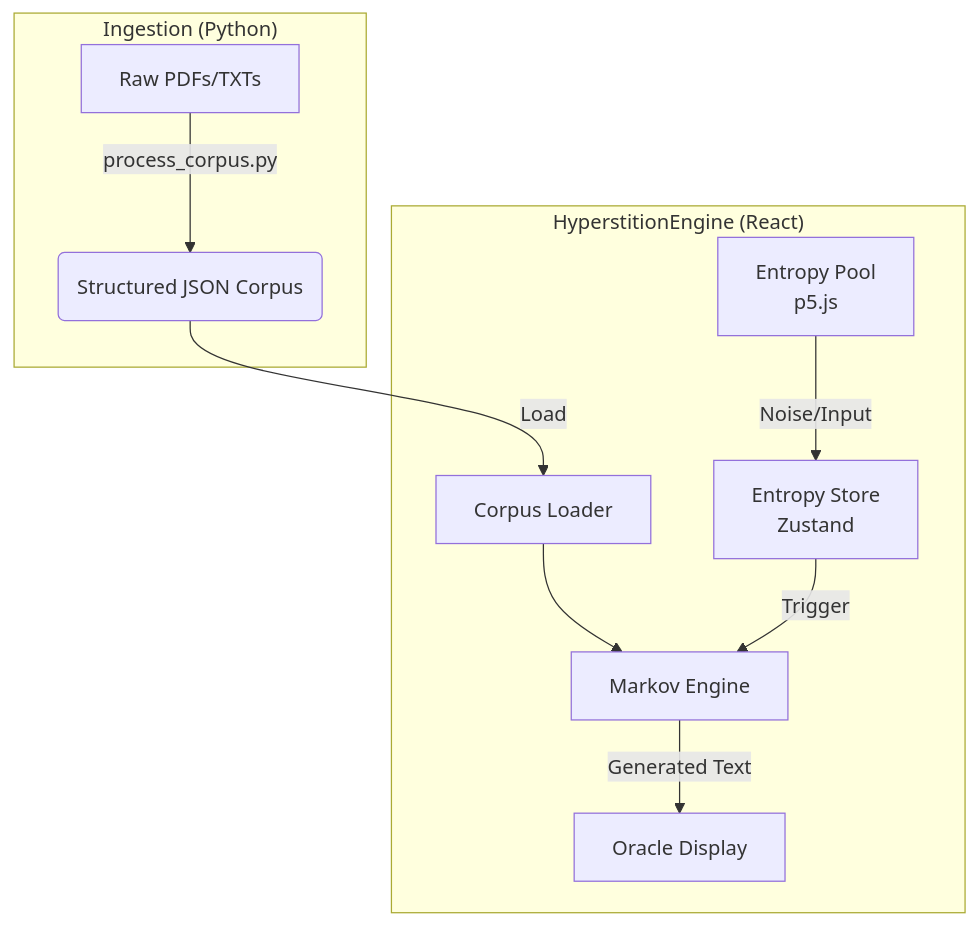
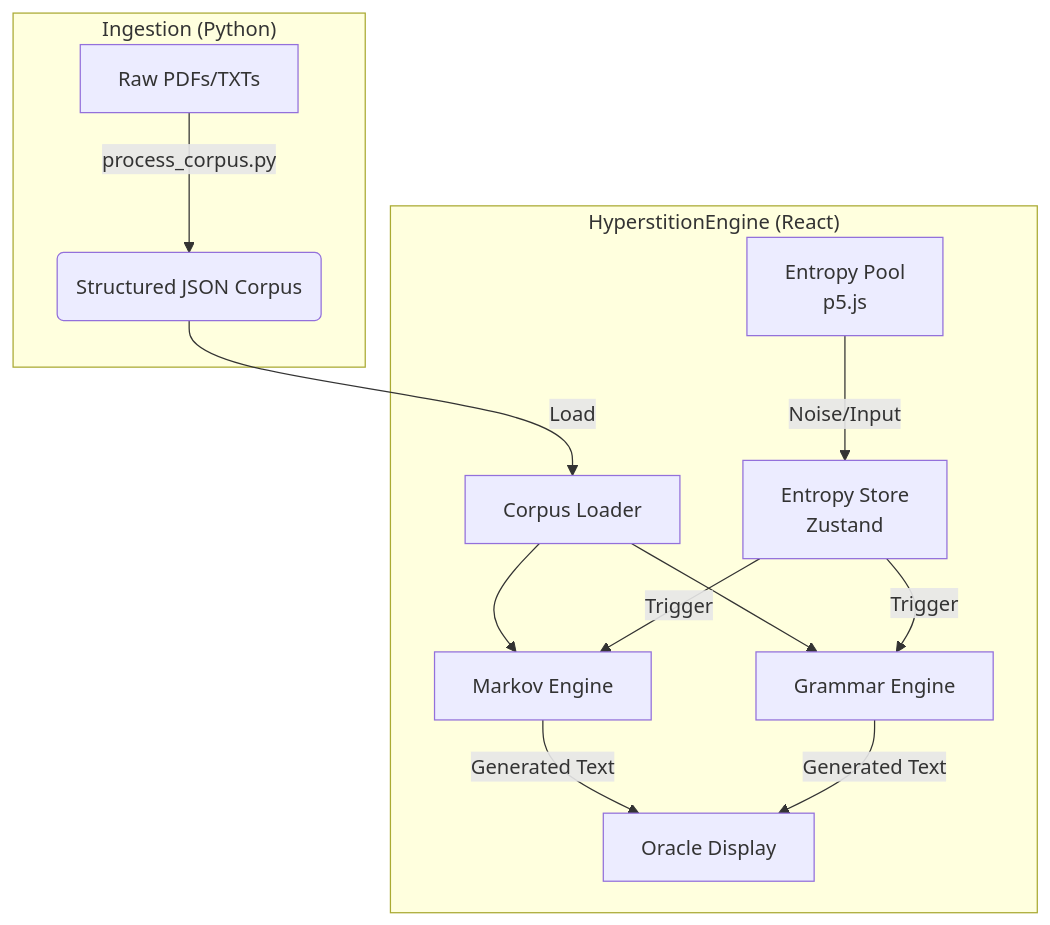
The diagram in README.md (jenis7056/HyperstitionEngine), drawn with Mermaid before and after one commit. The commit also changed 7 other files, not shown here.

````diff
--- a/README.md
+++ b/README.md
@@ -15,14 +15,17 @@
 ```mermaid
 graph TD
     subgraph "Ingestion (Python)"
         A[Raw PDFs/TXTs] -->|process_corpus.py| B(Structured JSON Corpus)
     end
     
     subgraph "HyperstitionEngine (React)"
         B -->|Load| C[Corpus Loader]
         C --> D[Markov Engine]
+        C --> H[Grammar Engine]
         E[Entropy Pool <br/> p5.js] -->|Noise/Input| F[Entropy Store <br/> Zustand]
         F -->|Trigger| D
+        F -->|Trigger| H
         D -->|Generated Text| G[Oracle Display]
+        H -->|Generated Text| G
     end
 ```
````
